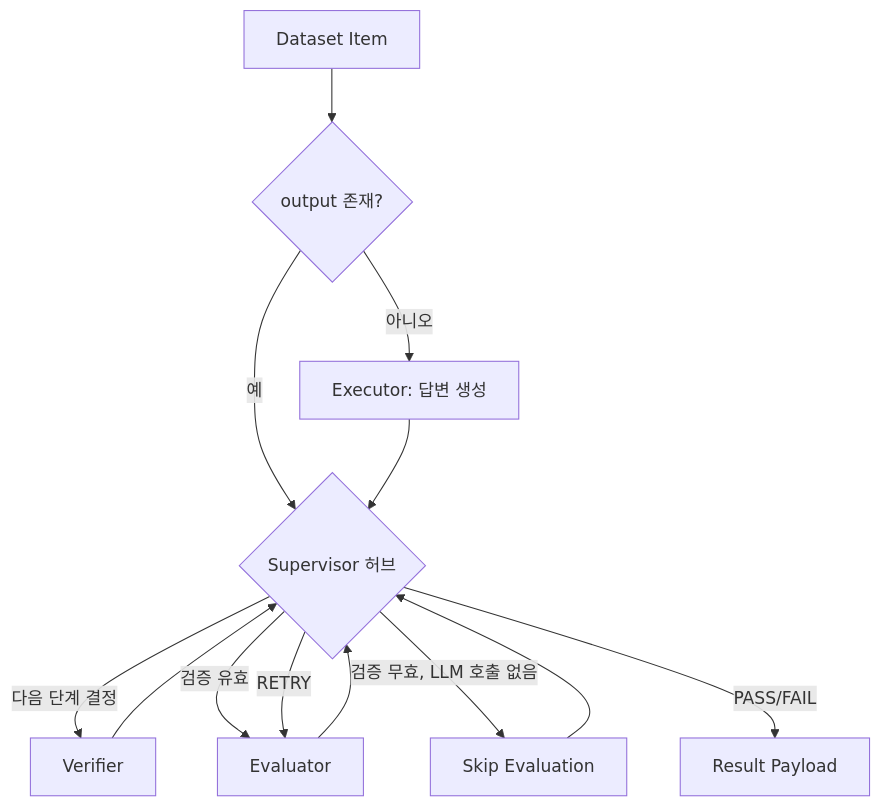
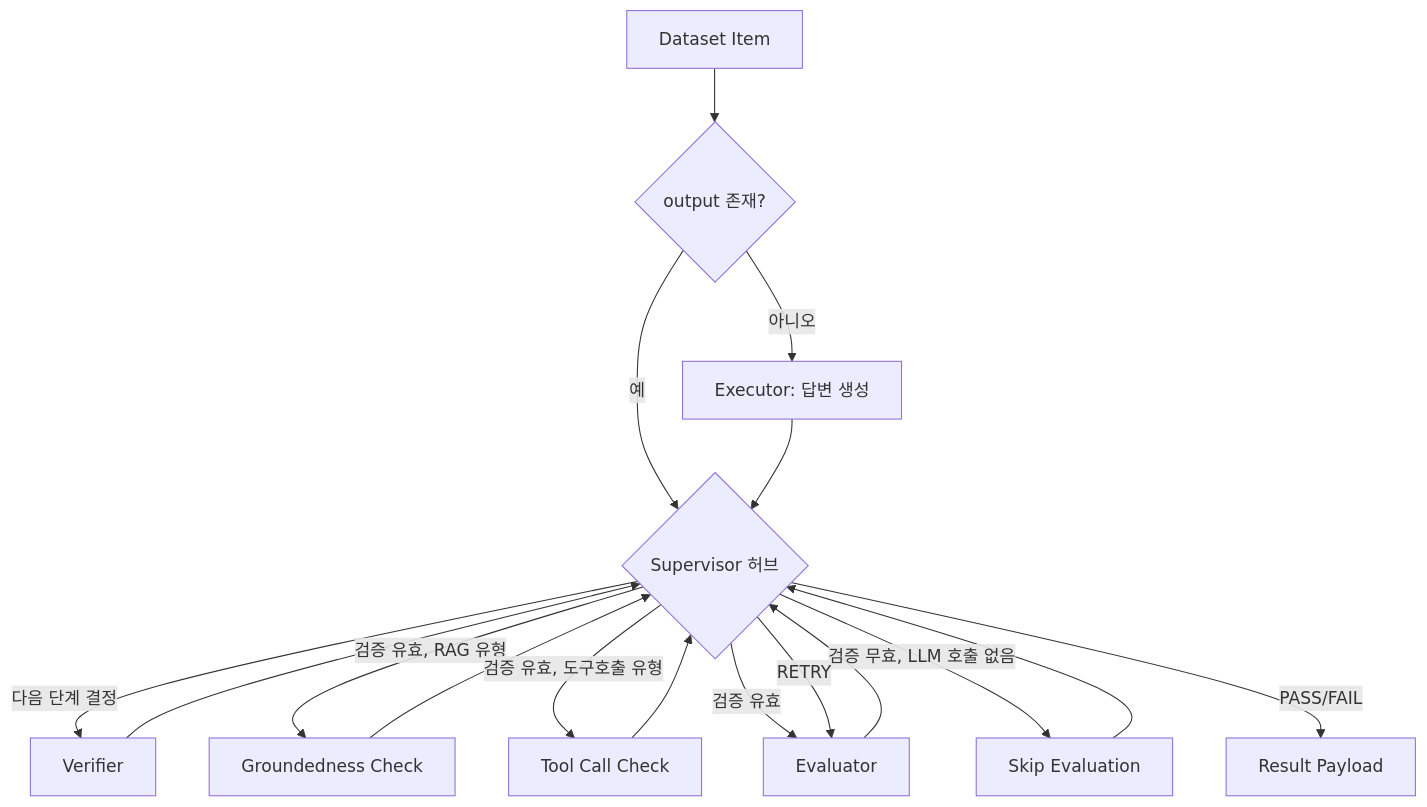
The fourth of 5 diagrams in docs/Data-Pipeline.md (hjyoon99/AIEvalPlatform), drawn with Mermaid before and after one commit. The commit also changed other lines of this file and 4 other files, not shown here.

````diff
--- a/docs/Data-Pipeline.md
+++ b/docs/Data-Pipeline.md
@@ -154,15 +154,19 @@
 ```mermaid
 flowchart TD
     IN[Dataset Item] --> Q{output 존재?}
     Q -->|아니오| EX[Executor: 답변 생성]
     Q -->|예| SUP
     EX --> SUP
     SUP{Supervisor 허브} -->|다음 단계 결정| V[Verifier]
+    SUP -->|검증 유효, RAG 유형| GC[Groundedness Check]
+    SUP -->|검증 유효, 도구호출 유형| TC[Tool Call Check]
     SUP -->|검증 유효| EV[Evaluator]
     SUP -->|검증 무효, LLM 호출 없음| SK[Skip Evaluation]
     V --> SUP
+    GC --> SUP
+    TC --> SUP
     EV --> SUP
     SK --> SUP
     SUP -->|RETRY| EV
     SUP -->|PASS/FAIL| OUT[Result Payload]
 ```
````
